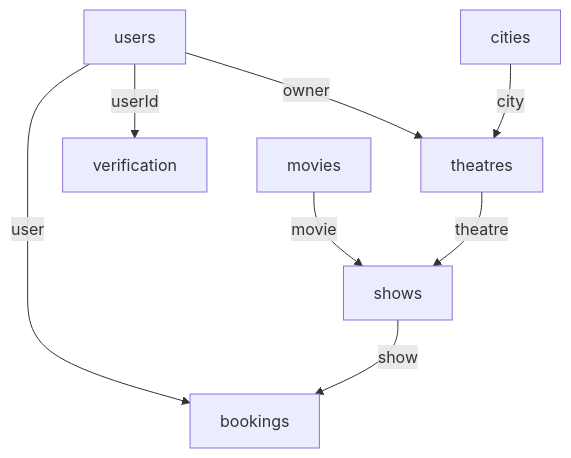
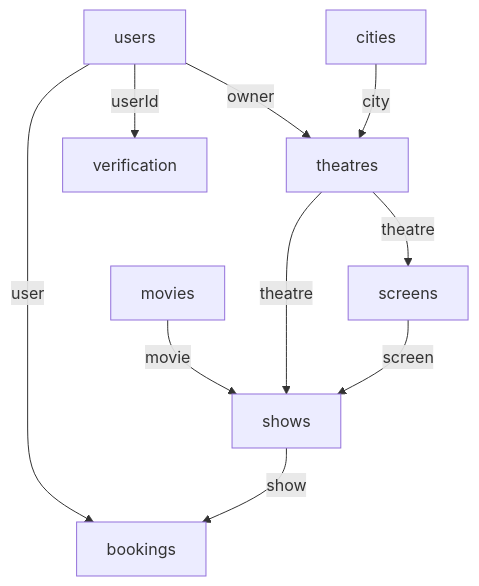
Before and after one commit to Shravan-509/BookMyShow: the diagram in docs/DATABASE_SCHEMA.md, drawn with Mermaid. The commit also changed other lines of this file and 44 other files, not shown here.

First line of the commit message:
feat(screen): complete screen-aware show management

````diff
--- a/docs/DATABASE_SCHEMA.md
+++ b/docs/DATABASE_SCHEMA.md
@@ -130,19 +150,22 @@
 ```mermaid
 flowchart TD
 
     User["users"]
     Theatre["theatres"]
     City["cities"]
     Booking["bookings"]
     Verification["verification"]
     Movie["movies"]
+    Screen["screens"]
     Show["shows"]
 
     User -->|owner| Theatre
     City -->|city| Theatre
     User -->|user| Booking
     User -->|userId| Verification
     Movie -->|movie| Show
+    Theatre -->|theatre| Screen
     Theatre -->|theatre| Show
+    Screen -->|screen| Show
     Show -->|show| Booking
 ```
````
